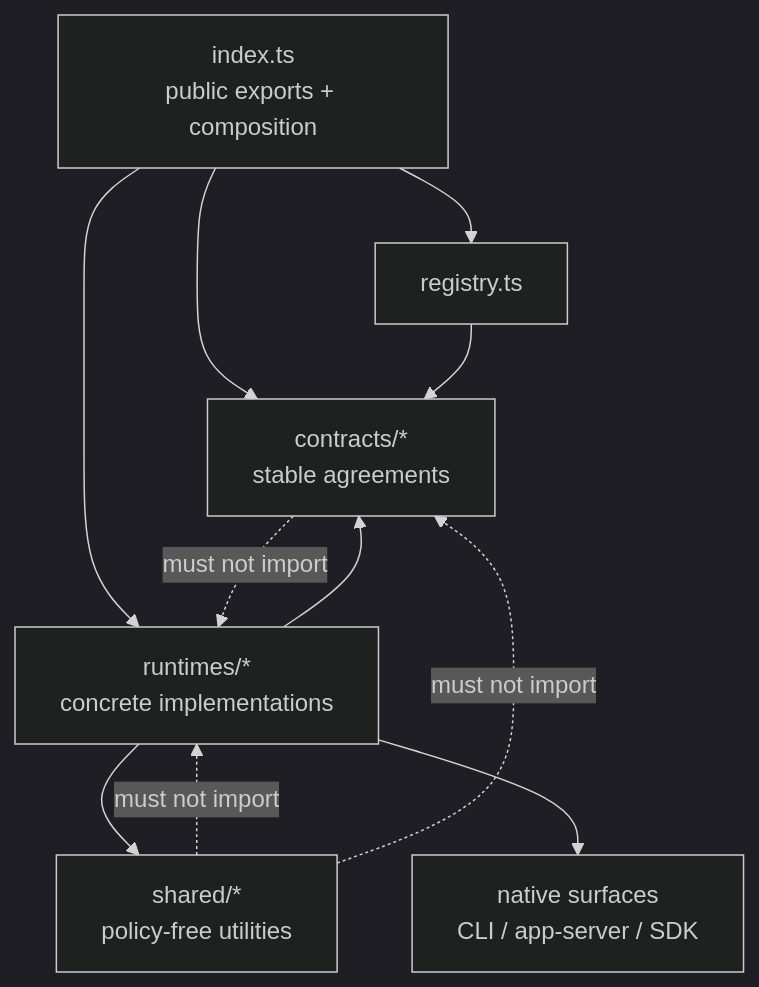
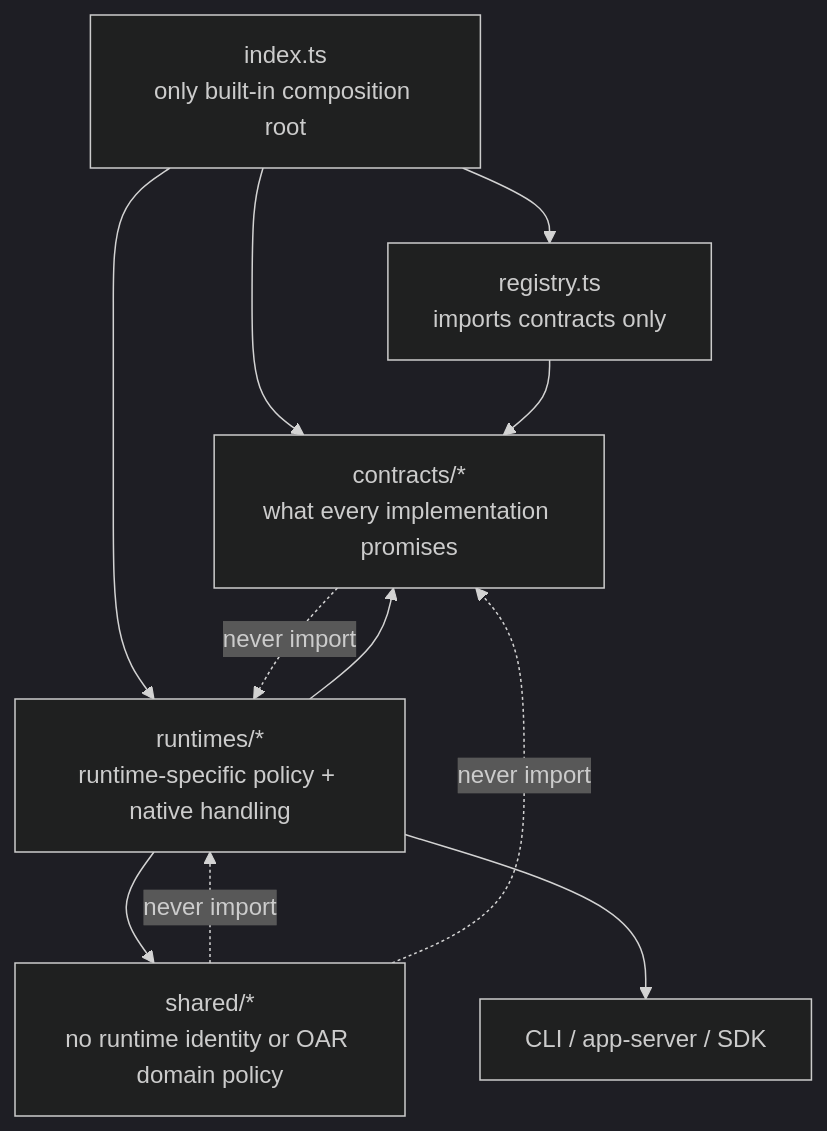
The diagram in src/AGENTS.md (botiverse/oar), drawn with Mermaid (dark theme) before and after one commit. The commit also changed other lines of this file, not shown here.

````diff
--- a/src/AGENTS.md
+++ b/src/AGENTS.md
@@ -39,21 +12,21 @@
 ```mermaid
 flowchart TB
-  Entry[index.ts<br/>public exports + composition]
-  Registry[registry.ts]
-  Contracts[contracts/*<br/>stable agreements]
-  Runtimes[runtimes/*<br/>concrete implementations]
-  Shared[shared/*<br/>policy-free utilities]
-  Native[native surfaces<br/>CLI / app-server / SDK]
+  Entry[index.ts<br/>only built-in composition root]
+  Registry[registry.ts<br/>imports contracts only]
+  Contracts[contracts/*<br/>what every implementation promises]
+  Runtimes[runtimes/*<br/>runtime-specific policy + native handling]
+  Shared[shared/*<br/>no runtime identity or OAR domain policy]
+  Native[CLI / app-server / SDK]
 
   Entry --> Registry
   Entry --> Contracts
   Entry --> Runtimes
   Registry --> Contracts
   Runtimes --> Contracts
   Runtimes --> Shared
   Runtimes --> Native
 
-  Contracts -. must not import .-> Runtimes
-  Shared -. must not import .-> Runtimes
-  Shared -. must not import .-> Contracts
+  Contracts -. never import .-> Runtimes
+  Shared -. never import .-> Runtimes
+  Shared -. never import .-> Contracts
 ```
````
